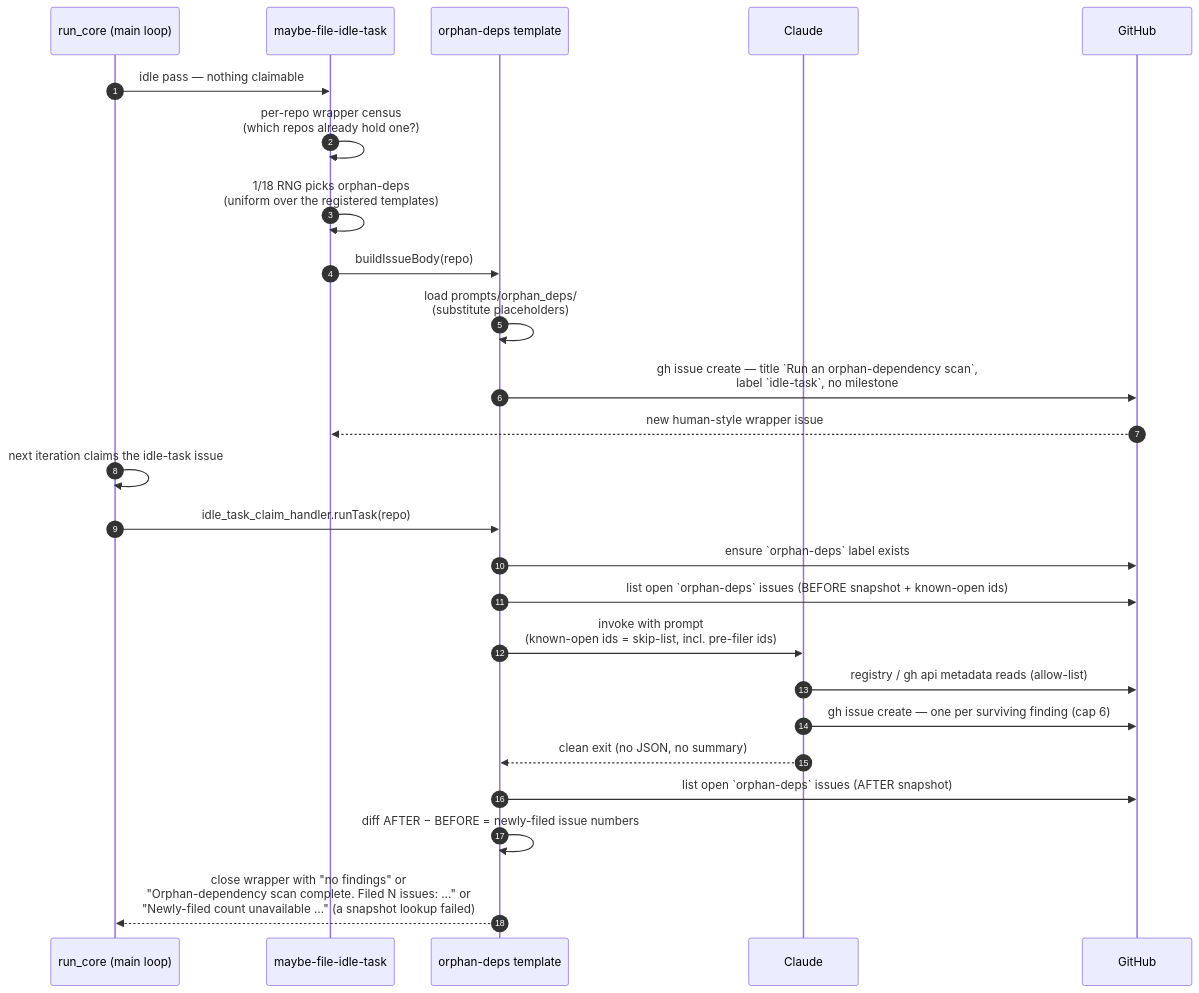
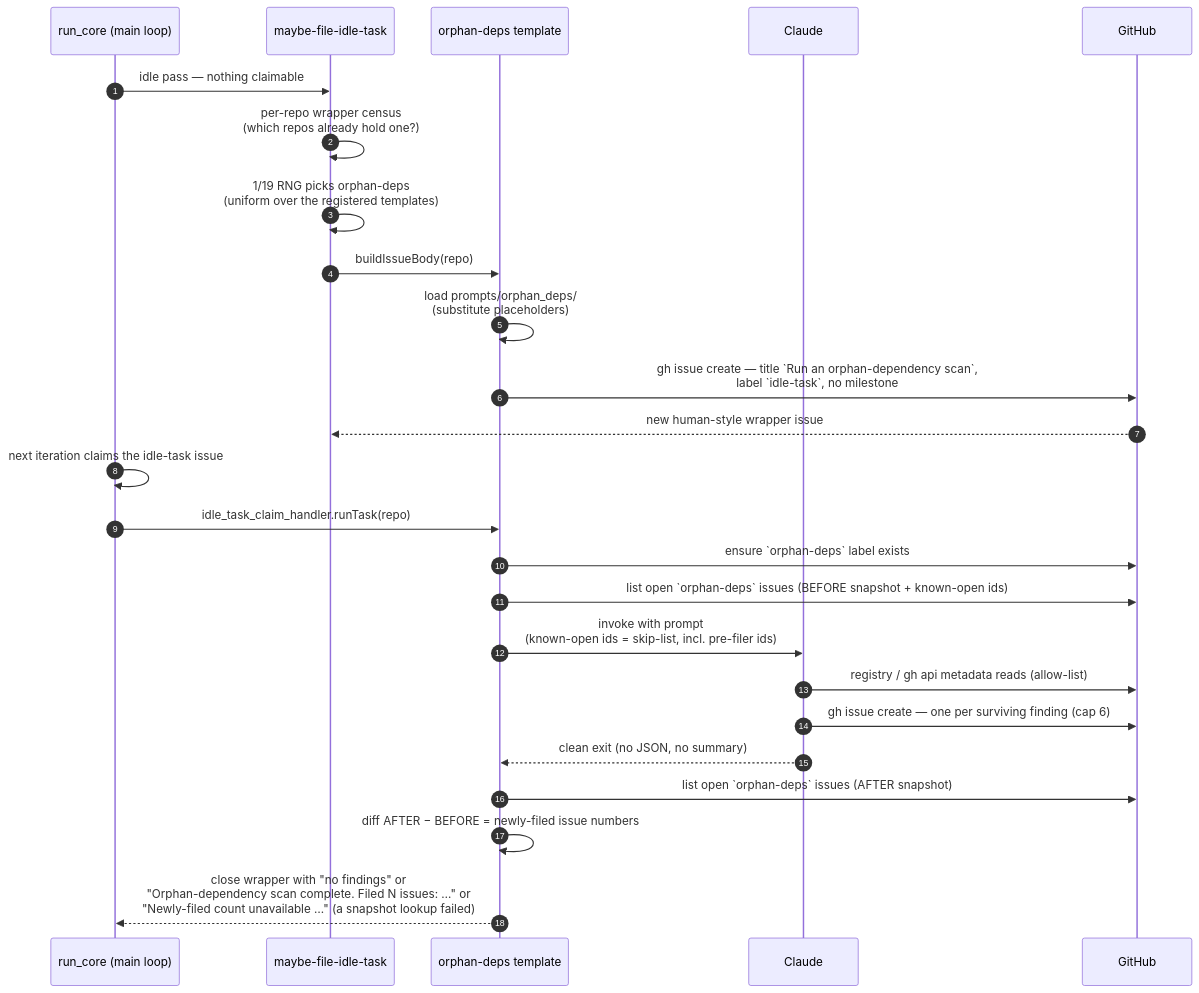
The second of 4 diagrams in docs/ORPHAN-DEPS-SCAN.md (stSoftwareAU/VibeCoder), drawn with Mermaid before and after one commit. The commit also changed other lines of this file and 12 other files, not shown here.

````diff
--- a/docs/ORPHAN-DEPS-SCAN.md
+++ b/docs/ORPHAN-DEPS-SCAN.md
@@ -198,28 +198,28 @@
 ```mermaid
 sequenceDiagram
     autonumber
     participant Main as run_core (main loop)
     participant Filer as maybe-file-idle-task
     participant Template as orphan-deps template
     participant Claude
     participant GH as GitHub
 
     Main->>Filer: idle pass — nothing claimable
     Filer->>Filer: per-repo wrapper census<br/>(which repos already hold one?)
-    Filer->>Filer: 1/18 RNG picks orphan-deps<br/>(uniform over the registered templates)
+    Filer->>Filer: 1/19 RNG picks orphan-deps<br/>(uniform over the registered templates)
     Filer->>Template: buildIssueBody(repo)
     Template->>Template: load prompts/orphan_deps/<br/>(substitute placeholders)
     Template->>GH: gh issue create — title `Run an orphan-dependency scan`,<br/>label `idle-task`, no milestone
     GH-->>Filer: new human-style wrapper issue
     Main->>Main: next iteration claims the idle-task issue
     Main->>Template: idle_task_claim_handler.runTask(repo)
     Template->>GH: ensure `orphan-deps` label exists
     Template->>GH: list open `orphan-deps` issues (BEFORE snapshot + known-open ids)
     Template->>Claude: invoke with prompt<br/>(known-open ids = skip-list, incl. pre-filer ids)
     Claude->>GH: registry / gh api metadata reads (allow-list)
     Claude->>GH: gh issue create — one per surviving finding (cap 6)
     Claude-->>Template: clean exit (no JSON, no summary)
     Template->>GH: list open `orphan-deps` issues (AFTER snapshot)
     Template->>Template: diff AFTER − BEFORE = newly-filed issue numbers
     Template-->>Main: close wrapper with "no findings" or<br/>"Orphan-dependency scan complete. Filed N issues: …" or<br/>"Newly-filed count unavailable …" (a snapshot lookup failed)
 ```
````
